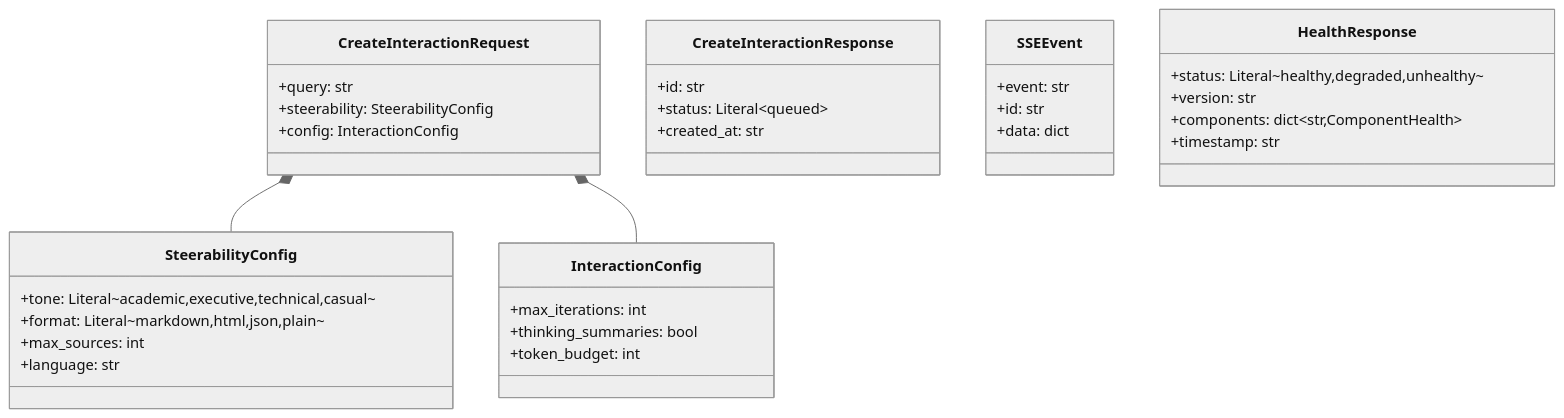
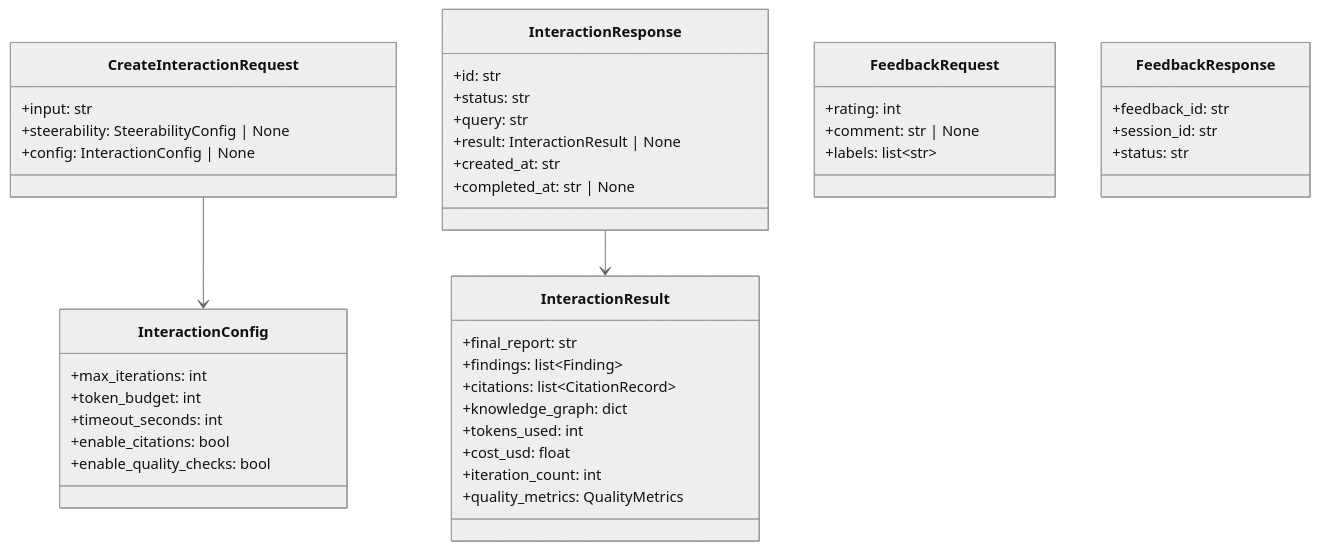
One commit to satyamaix/DeepResearchX changed diagram 22 of 26 in docs/LLD.md. Above: the diagram before and after it, drawn with Mermaid (neutral theme). The commit also changed other lines of this file and 2 other files, not shown here.

````diff
--- a/docs/LLD.md
+++ b/docs/LLD.md
@@ -712,43 +1229,51 @@
 ```mermaid
 classDiagram
     class CreateInteractionRequest {
-        +query: str
-        +steerability: SteerabilityConfig
-        +config: InteractionConfig
-    }
-
-    class SteerabilityConfig {
-        +tone: Literal~academic,executive,technical,casual~
-        +format: Literal~markdown,html,json,plain~
-        +max_sources: int
-        +language: str
+        +input: str
+        +steerability: SteerabilityConfig | None
+        +config: InteractionConfig | None
     }
 
     class InteractionConfig {
         +max_iterations: int
-        +thinking_summaries: bool
         +token_budget: int
+        +timeout_seconds: int
+        +enable_citations: bool
+        +enable_quality_checks: bool
     }
 
-    class CreateInteractionResponse {
+    class InteractionResponse {
         +id: str
-        +status: Literal~queued~
+        +status: str
+        +query: str
+        +result: InteractionResult | None
         +created_at: str
+        +completed_at: str | None
     }
 
-    class SSEEvent {
-        +event: str
-        +id: str
-        +data: dict
+    class InteractionResult {
+        +final_report: str
+        +findings: list~Finding~
+        +citations: list~CitationRecord~
+        +knowledge_graph: dict
+        +tokens_used: int
+        +cost_usd: float
+        +iteration_count: int
+        +quality_metrics: QualityMetrics
     }
 
-    class HealthResponse {
-        +status: Literal~healthy,degraded,unhealthy~
-        +version: str
-        +components: dict~str,ComponentHealth~
-        +timestamp: str
+    class FeedbackRequest {
+        +rating: int
+        +comment: str | None
+        +labels: list~str~
     }
 
-    CreateInteractionRequest *-- SteerabilityConfig
-    CreateInteractionRequest *-- InteractionConfig
+    class FeedbackResponse {
+        +feedback_id: str
+        +session_id: str
+        +status: str
+    }
+
+    CreateInteractionRequest --> InteractionConfig
+    InteractionResponse --> InteractionResult
 ```
````
